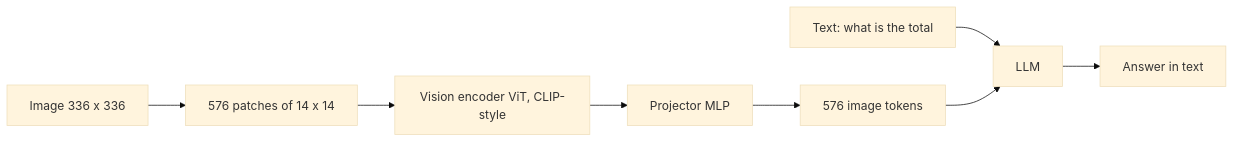
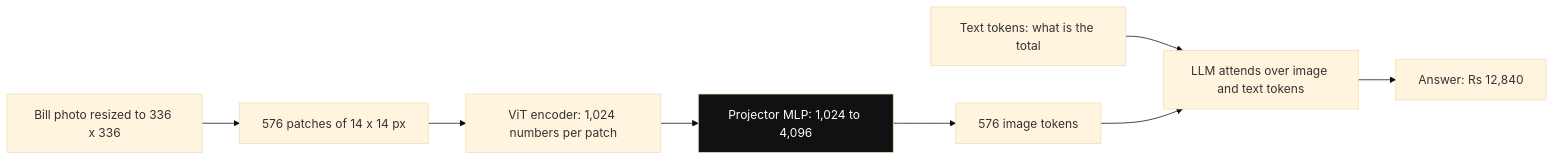
Before and after one commit to flow6979/viewinter: the second of 17 diagrams in content-en/11-agentic/18-multimodal-voice.md, drawn with Mermaid (base theme). The commit also changed other lines of this file and 85 other files, not shown here.

First line of the commit message:
AI + RAG content: add diagrams across every page (196 -> 513)

````diff
--- a/content-en/11-agentic/18-multimodal-voice.md
+++ b/content-en/11-agentic/18-multimodal-voice.md
@@ -77,10 +77,13 @@
 ```mermaid
 flowchart LR
-    I["Image 336 x 336"] --> P["576 patches of 14 x 14"]
-    P --> E["Vision encoder ViT, CLIP-style"]
-    E --> PR["Projector MLP"]
+    I["Bill photo resized to 336 x 336"] --> P["576 patches of 14 x 14 px"]
+    P --> E["ViT encoder: 1,024 numbers per patch"]
+    E --> PR["Projector MLP: 1,024 to 4,096"]
     PR --> T["576 image tokens"]
-    Q["Text: what is the total"] --> L["LLM"]
+    Q["Text tokens: what is the total"] --> L["LLM attends over image and text tokens"]
     T --> L
-    L --> A["Answer in text"]
+    L --> A["Answer: Rs 12,840"]
+    class PR hot
+    classDef hot fill:#111,color:#fff
+    classDef dim fill:#fff
 ```
````
